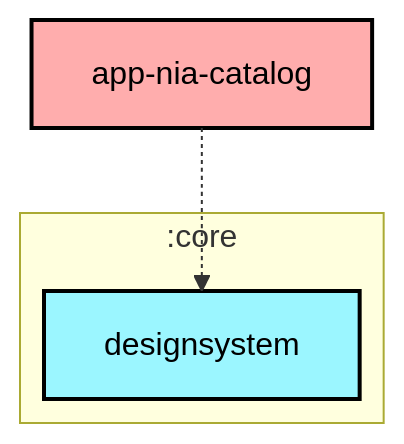
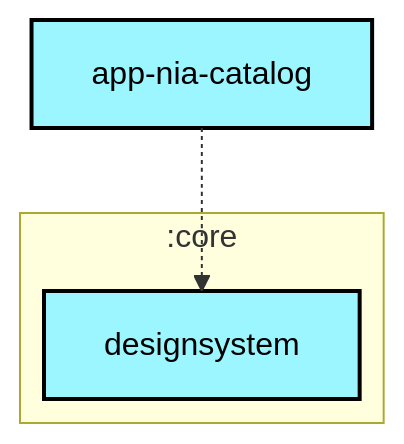
One commit to lihenggui/nowinkmp changed the first of 2 diagrams in app-nia-catalog/README.md. Above: the diagram before and after it, drawn with Mermaid. The commit also changed other lines of this file and 238 other files, not shown here.

Commit message:
Migrate Android hosts to latest KMP tooling

````diff
--- a/app-nia-catalog/README.md
+++ b/app-nia-catalog/README.md
@@ -6,23 +6,24 @@
 ```mermaid
 ---
 config:
   layout: elk
   elk:
     nodePlacementStrategy: SIMPLE
 ---
 graph TB
   subgraph :core
     direction TB
     :core:designsystem[designsystem]:::kmp-library
   end
-  :app-nia-catalog[app-nia-catalog]:::unknown
+  :app-nia-catalog[app-nia-catalog]:::kmp-library
 
   :app-nia-catalog -.-> :core:designsystem
 
 classDef cmp-application fill:#CAFFBF,stroke:#000,stroke-width:2px,color:#000;
 classDef cmp-feature fill:#FFD6A5,stroke:#000,stroke-width:2px,color:#000;
+classDef android-application fill:#A0C4FF,stroke:#000,stroke-width:2px,color:#000;
 classDef kmp-library fill:#9BF6FF,stroke:#000,stroke-width:2px,color:#000;
 classDef jvm-library fill:#BDB2FF,stroke:#000,stroke-width:2px,color:#000;
 classDef android-test fill:#A0C4FF,stroke:#000,stroke-width:2px,color:#000;
 classDef unknown fill:#FFADAD,stroke:#000,stroke-width:2px,color:#000;
 ```
````
